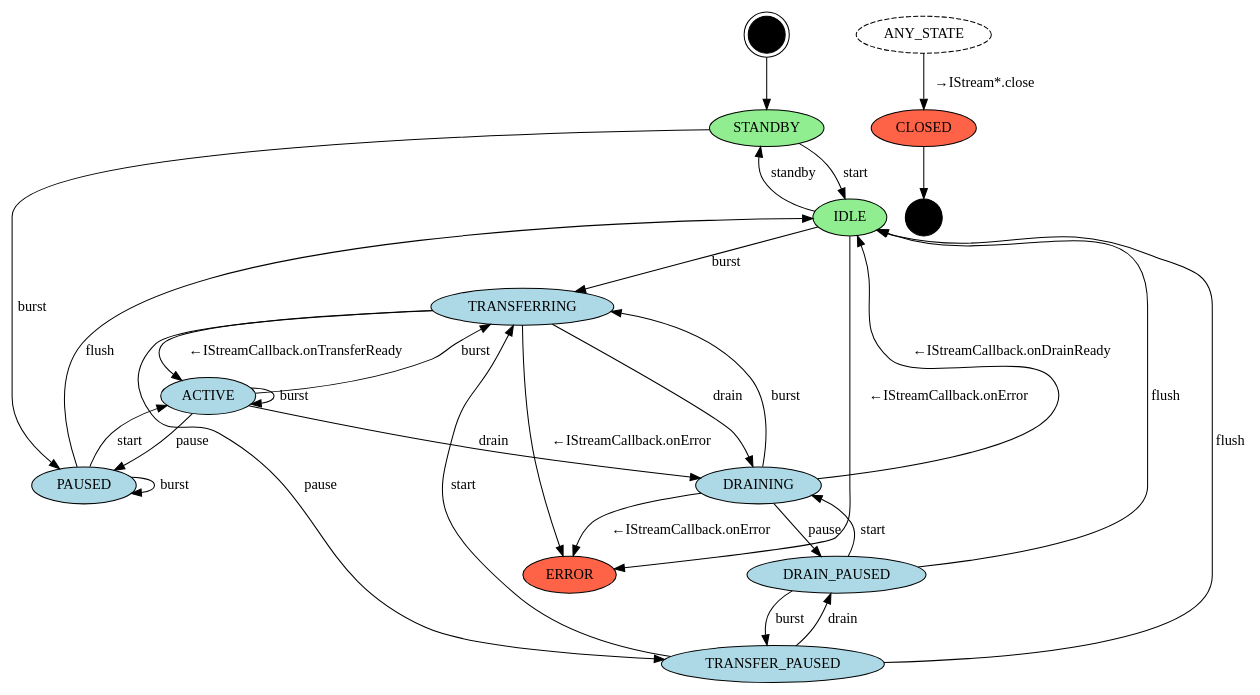
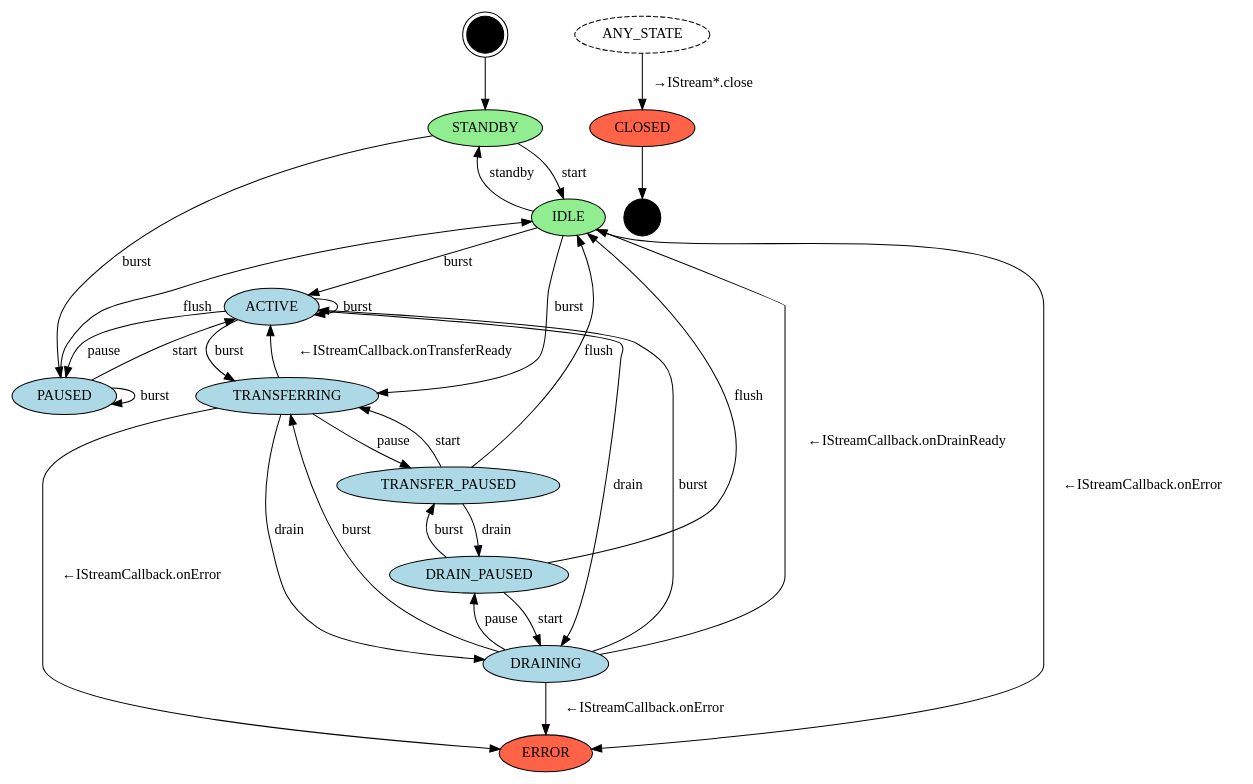
One commit to LineageOS/android_hardware_interfaces changed the diagram in audio/aidl/android/hardware/audio/core/stream-out-async-sm.gv. Above: the diagram before and after it, drawn with Graphviz. The commit also changed 1 other file, not shown here.

```diff
--- a/audio/aidl/android/hardware/audio/core/stream-out-async-sm.gv
+++ b/audio/aidl/android/hardware/audio/core/stream-out-async-sm.gv
@@ -1,57 +1,59 @@
 // Copyright (C) 2022 The Android Open Source Project
 //
 // Licensed under the Apache License, Version 2.0 (the "License");
 // you may not use this file except in compliance with the License.
 // You may obtain a copy of the License at
 //
 //      http://www.apache.org/licenses/LICENSE-2.0
 //
 // Unless required by applicable law or agreed to in writing, software
 // distributed under the License is distributed on an "AS IS" BASIS,
 // WITHOUT WARRANTIES OR CONDITIONS OF ANY KIND, either express or implied.
 // See the License for the specific language governing permissions and
 // limitations under the License.
 
 // To render: dot -Tpng stream-out-async-sm.gv -o stream-out-async-sm.png
 digraph stream_out_async_state_machine {
     node [shape=doublecircle style=filled fillcolor=black width=0.5] I;
     node [shape=point width=0.5] F;
     node [shape=oval width=1];
     node [fillcolor=lightgreen] STANDBY;  // buffer is empty
     node [fillcolor=lightgreen] IDLE;     // buffer is empty
     node [fillcolor=tomato] CLOSED;
     node [fillcolor=tomato] ERROR;
     node [style=dashed] ANY_STATE;
     node [fillcolor=lightblue style=filled];
     // Note that when the consumer (h/w) is passive, "burst" operations
     // complete synchronously, bypassing the TRANSFERRING state.
     I -> STANDBY;
     STANDBY -> IDLE [label="start"];                  // consumer -> active
     STANDBY -> PAUSED [label="burst"];                // producer -> active
     IDLE -> STANDBY [label="standby"];                // consumer -> passive
     IDLE -> TRANSFERRING [label="burst"];             // producer -> active
+    IDLE -> ACTIVE [label="burst"];                   // full write
     ACTIVE -> PAUSED [label="pause"];                 // consumer -> passive (not consuming)
     ACTIVE -> DRAINING [label="drain"];               // producer -> passive
     ACTIVE -> TRANSFERRING [label="burst"];           // early unblocking
     ACTIVE -> ACTIVE [label="burst"];                 // full write
     TRANSFERRING -> ACTIVE [label="←IStreamCallback.onTransferReady"];
     TRANSFERRING -> TRANSFER_PAUSED [label="pause"];  // consumer -> passive (not consuming)
     TRANSFERRING -> DRAINING [label="drain"];         // producer -> passive
     TRANSFER_PAUSED -> TRANSFERRING [label="start"];  // consumer -> active
     TRANSFER_PAUSED -> DRAIN_PAUSED [label="drain"];  // producer -> passive
     TRANSFER_PAUSED -> IDLE [label="flush"];          // buffer is cleared
     PAUSED -> PAUSED [label="burst"];
     PAUSED -> ACTIVE [label="start"];                 // consumer -> active
     PAUSED -> IDLE [label="flush"];                   // producer -> passive, buffer is cleared
     DRAINING -> IDLE [label="←IStreamCallback.onDrainReady"];
     DRAINING -> TRANSFERRING [label="burst"];         // producer -> active
+    DRAINING -> ACTIVE [label="burst"];               // full write
     DRAINING -> DRAIN_PAUSED [label="pause"];         // consumer -> passive (not consuming)
     DRAIN_PAUSED -> DRAINING [label="start"];         // consumer -> active
     DRAIN_PAUSED -> TRANSFER_PAUSED [label="burst"];  // producer -> active
     DRAIN_PAUSED -> IDLE [label="flush"];             // buffer is cleared
     IDLE -> ERROR [label="←IStreamCallback.onError"];
     DRAINING -> ERROR [label="←IStreamCallback.onError"];
     TRANSFERRING -> ERROR [label="←IStreamCallback.onError"];
     ANY_STATE -> CLOSED [label="→IStream*.close"];
     CLOSED -> F;
 }
```
